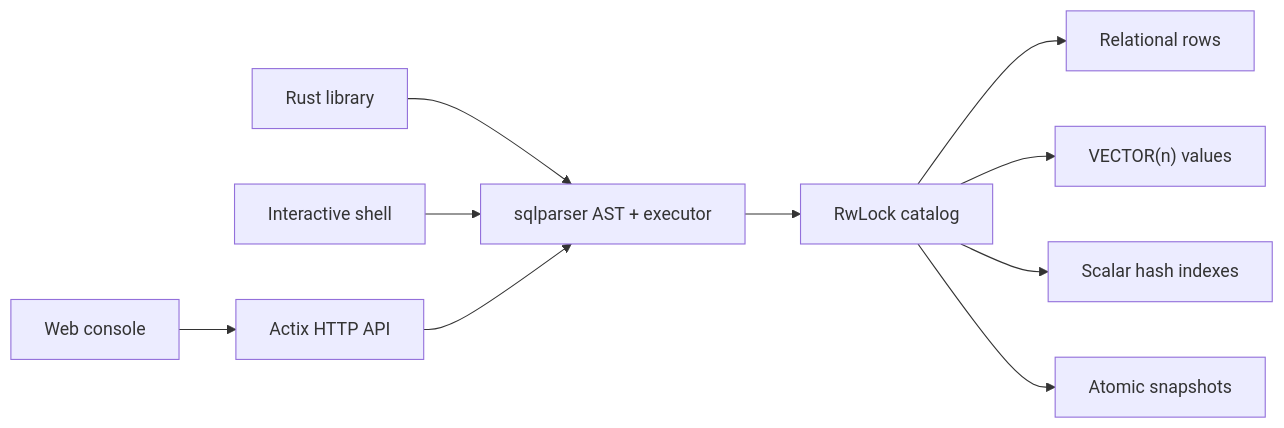
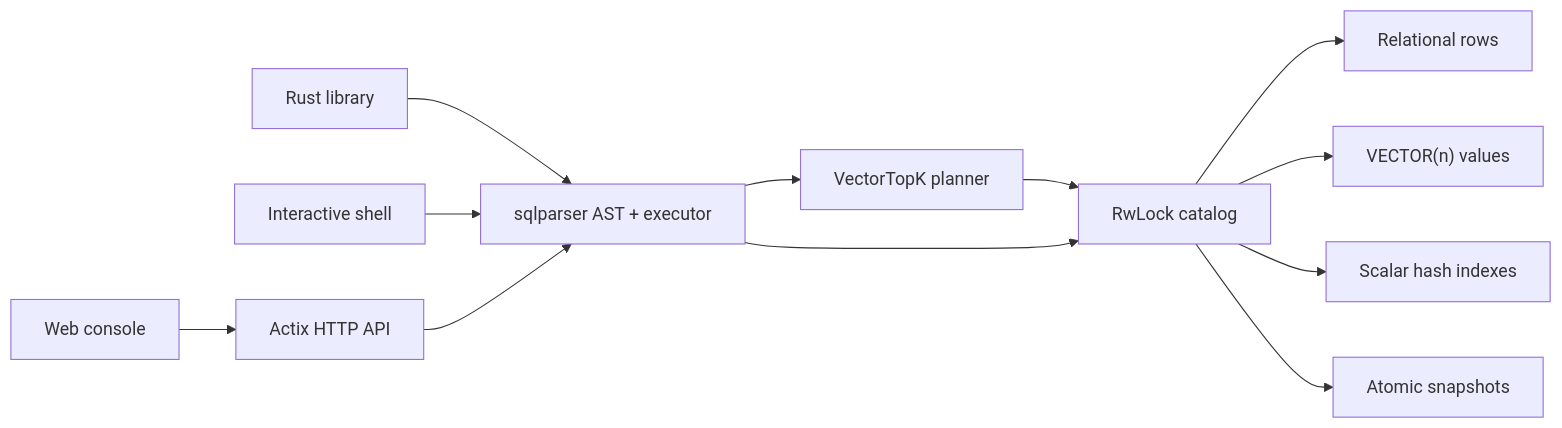
One commit to kamilsj/vectors changed the diagram in README.md. Above: the diagram before and after it, drawn with Mermaid. The commit also changed other lines of this file and 21 other files, not shown here.

````diff
--- a/README.md
+++ b/README.md
@@ -110,12 +168,14 @@
 ```mermaid
 flowchart LR
     A["Rust library"] --> E
     B["Interactive shell"] --> E
     C["Web console"] --> D["Actix HTTP API"]
     D --> E["sqlparser AST + executor"]
-    E --> F["RwLock catalog"]
+    E --> K["VectorTopK planner"]
+    K --> F["RwLock catalog"]
+    E --> F
     F --> G["Relational rows"]
     F --> H["VECTOR(n) values"]
     F --> I["Scalar hash indexes"]
     F --> J["Atomic snapshots"]
 ```
````
